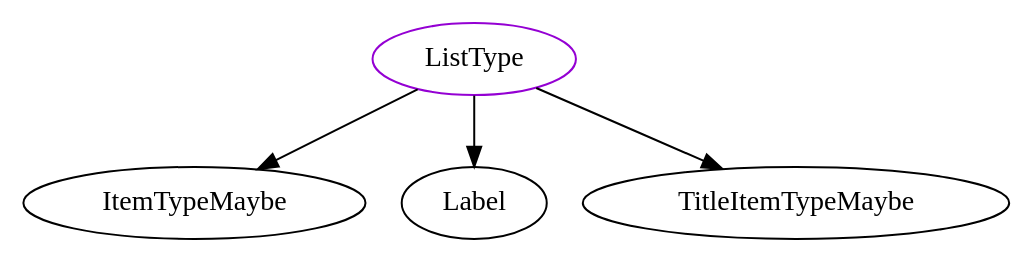
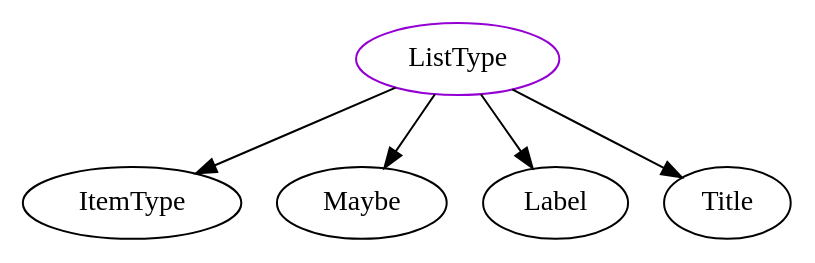
Before and after one commit to JacquesCarette/Drasil: the diagram in analysis/TypeDependencyGraphs/printers/ListType.dot, drawn with Graphviz. The commit also changed 556 other files, not shown here.

```diff
--- a/analysis/TypeDependencyGraphs/printers/ListType.dot
+++ b/analysis/TypeDependencyGraphs/printers/ListType.dot
@@ -1,6 +1,7 @@
 digraph listtype{
-ListType -> ItemTypeMaybe;
+ListType -> ItemType;
+ListType -> Maybe;
 ListType -> Label;
-ListType -> TitleItemTypeMaybe;
+ListType -> Title;
 ListType	[shape=oval, color=darkviolet, label="ListType"];
 }
```
